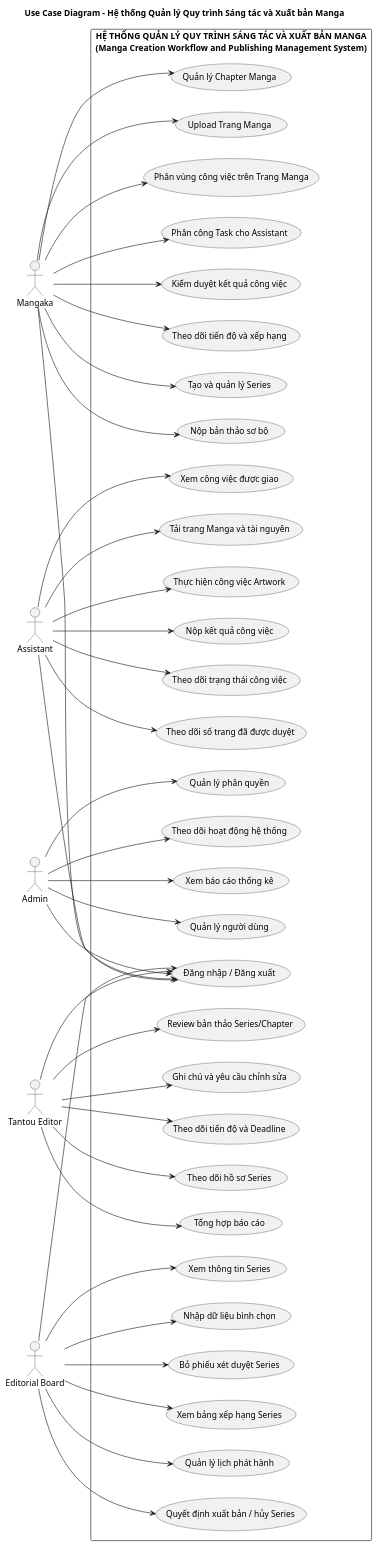
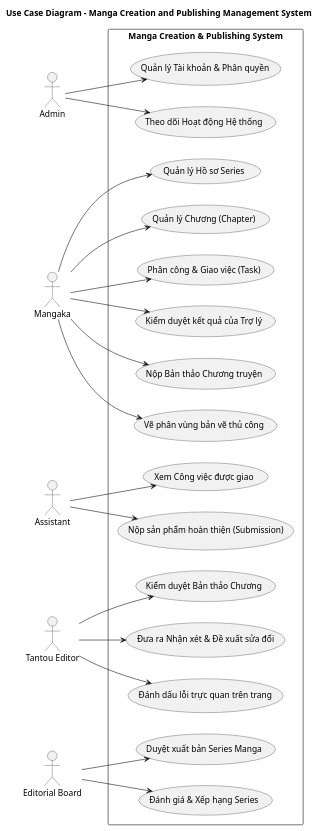
Before and after one commit to trongtan0079/manga-workflow-report: the diagram in UML/Use_Case_Diagram.puml, drawn with PlantUML. The commit also changed 21 other files, not shown here.

Commit message:
docs: cap nhat bao cao va so do trang thai theo codebase moi

```diff
--- a/UML/Use_Case_Diagram.puml
+++ b/UML/Use_Case_Diagram.puml
@@ -1,100 +1,59 @@
 @startuml
-title Use Case Diagram - Hệ thống Quản lý Quy trình Sáng tác và Xuất bản Manga
+title Use Case Diagram - Manga Creation and Publishing Management System
 
 left to right direction
 
-skinparam packageStyle rectangle
-skinparam shadowing false
-skinparam backgroundColor white
-
+actor "Admin" as Admin
 actor "Mangaka" as Mangaka
 actor "Assistant" as Assistant
-actor "Admin" as Admin
 actor "Tantou Editor" as Editor
 actor "Editorial Board" as Board
 
-rectangle "HỆ THỐNG QUẢN LÝ QUY TRÌNH SÁNG TÁC VÀ XUẤT BẢN MANGA\n(Manga Creation Workflow and Publishing Management System)" {
-  ' Central usecase
-  usecase "Đăng nhập / Đăng xuất" as UC_Auth
+rectangle "Manga Creation & Publishing System" {
+  ' Admin Use Cases
+  usecase "Quản lý Tài khoản & Phân quyền" as UC_Admin_Users
+  usecase "Theo dõi Hoạt động Hệ thống" as UC_Admin_Logs
 
-  ' Mangaka
-  usecase "Tạo và quản lý Series" as UC_M1
-  usecase "Nộp bản thảo sơ bộ" as UC_M2
-  usecase "Quản lý Chapter Manga" as UC_M3
-  usecase "Upload Trang Manga" as UC_M4
-  usecase "Phân vùng công việc trên Trang Manga" as UC_M5
-  usecase "Phân công Task cho Assistant" as UC_M6
-  usecase "Kiểm duyệt kết quả công việc" as UC_M7
-  usecase "Theo dõi tiến độ và xếp hạng" as UC_M8
+  ' Mangaka Use Cases
+  usecase "Quản lý Hồ sơ Series" as UC_Mangaka_Series
+  usecase "Quản lý Chương (Chapter)" as UC_Mangaka_Chapter
+  usecase "Phân công & Giao việc (Task)" as UC_Mangaka_Task
+  usecase "Kiểm duyệt kết quả của Trợ lý" as UC_Mangaka_Review_Task
+  usecase "Nộp Bản thảo Chương truyện" as UC_Mangaka_Submit_Chapter
+  usecase "Vẽ phân vùng bản vẽ thủ công" as UC_Mangaka_Region
 
-  ' Assistant
-  usecase "Xem công việc được giao" as UC_A1
-  usecase "Tải trang Manga và tài nguyên" as UC_A2
-  usecase "Thực hiện công việc Artwork" as UC_A3
-  usecase "Nộp kết quả công việc" as UC_A4
-  usecase "Theo dõi trạng thái công việc" as UC_A5
-  usecase "Theo dõi số trang đã được duyệt" as UC_A6
+  ' Assistant Use Cases
+  usecase "Xem Công việc được giao" as UC_Assistant_Tasks
+  usecase "Nộp sản phẩm hoàn thiện (Submission)" as UC_Assistant_Submit
 
-  ' Admin
-  usecase "Quản lý người dùng" as UC_AD1
-  usecase "Quản lý phân quyền" as UC_AD2
-  usecase "Theo dõi hoạt động hệ thống" as UC_AD3
-  usecase "Xem báo cáo thống kê" as UC_AD4
+  ' Editor Use Cases
+  usecase "Kiểm duyệt Bản thảo Chương" as UC_Editor_Review
+  usecase "Đưa ra Nhận xét & Đề xuất sửa đổi" as UC_Editor_Feedback
+  usecase "Đánh dấu lỗi trực quan trên trang" as UC_Editor_Annotate
 
-  ' Tantou Editor
-  usecase "Review bản thảo Series/Chapter" as UC_E1
-  usecase "Ghi chú và yêu cầu chỉnh sửa" as UC_E2
-  usecase "Theo dõi tiến độ và Deadline" as UC_E3
-  usecase "Theo dõi hồ sơ Series" as UC_E4
-  usecase "Tổng hợp báo cáo" as UC_E5
-
-  ' Editorial Board
-  usecase "Xem thông tin Series" as UC_B1
-  usecase "Nhập dữ liệu bình chọn" as UC_B2
-  usecase "Bỏ phiếu xét duyệt Series" as UC_B3
-  usecase "Xem bảng xếp hạng Series" as UC_B4
-  usecase "Quản lý lịch phát hành" as UC_B5
-  usecase "Quyết định xuất bản / hủy Series" as UC_B6
+  ' Board Use Cases
+  usecase "Duyệt xuất bản Series Manga" as UC_Board_Publish
+  usecase "Đánh giá & Xếp hạng Series" as UC_Board_Rank
 }
 
-' Links
-Mangaka --> UC_Auth
-Mangaka --> UC_M1
-Mangaka --> UC_M2
-Mangaka --> UC_M3
-Mangaka --> UC_M4
-Mangaka --> UC_M5
-Mangaka --> UC_M6
-Mangaka --> UC_M7
-Mangaka --> UC_M8
+Admin --> UC_Admin_Users
+Admin --> UC_Admin_Logs
 
-Assistant --> UC_Auth
-Assistant --> UC_A1
-Assistant --> UC_A2
-Assistant --> UC_A3
-Assistant --> UC_A4
-Assistant --> UC_A5
-Assistant --> UC_A6
+Mangaka --> UC_Mangaka_Series
+Mangaka --> UC_Mangaka_Chapter
+Mangaka --> UC_Mangaka_Task
+Mangaka --> UC_Mangaka_Review_Task
+Mangaka --> UC_Mangaka_Submit_Chapter
+Mangaka --> UC_Mangaka_Region
 
-Admin --> UC_Auth
-Admin --> UC_AD1
-Admin --> UC_AD2
-Admin --> UC_AD3
-Admin --> UC_AD4
+Assistant --> UC_Assistant_Tasks
+Assistant --> UC_Assistant_Submit
 
-Editor --> UC_Auth
-Editor --> UC_E1
-Editor --> UC_E2
-Editor --> UC_E3
-Editor --> UC_E4
-Editor --> UC_E5
+Editor --> UC_Editor_Review
+Editor --> UC_Editor_Feedback
+Editor --> UC_Editor_Annotate
 
-Board --> UC_Auth
-Board --> UC_B1
-Board --> UC_B2
-Board --> UC_B3
-Board --> UC_B4
-Board --> UC_B5
-Board --> UC_B6
+Board --> UC_Board_Publish
+Board --> UC_Board_Rank
 
 @enduml
```
